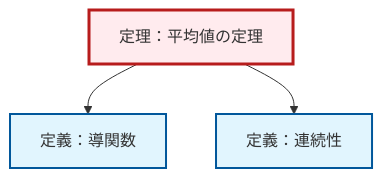
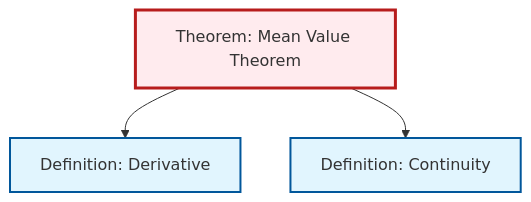
The diagram in content/ja/analysis/thm-mean-value.qmd (RK0429/ModernMath), drawn with Mermaid before and after one commit. The commit also changed 203 other files, not shown here.

````diff
--- a/content/ja/analysis/thm-mean-value.qmd
+++ b/content/ja/analysis/thm-mean-value.qmd
@@ -80,18 +80,15 @@
 ```{mermaid}
-%%| fig-cap: "局所的な依存関係グラフ"
+%%| fig-cap: "Local dependency graph"
 graph TD
     classDef definition fill:#e1f5fe,stroke:#01579b,stroke-width:2px
     classDef theorem fill:#f3e5f5,stroke:#4a148c,stroke-width:2px
     classDef axiom fill:#fff3e0,stroke:#e65100,stroke-width:2px
     classDef example fill:#e8f5e9,stroke:#1b5e20,stroke-width:2px
     classDef current fill:#ffebee,stroke:#b71c1c,stroke-width:3px
-    thm-mean-value["定理：平均値の定理"]:::theorem
-    def-derivative["定義：導関数"]:::definition
-    def-continuity["定義：連続性"]:::definition
+    thm-mean-value["Theorem: Mean Value Theorem"]:::theorem
+    def-derivative["Definition: Derivative"]:::definition
+    def-continuity["Definition: Continuity"]:::definition
     thm-mean-value --> def-derivative
     thm-mean-value --> def-continuity
     class thm-mean-value current
-
-    click def-derivative "def-derivative.html" "Go to 定義：導関数"
-    click def-continuity "def-continuity.html" "Go to 定義：連続性"
 ```
````
